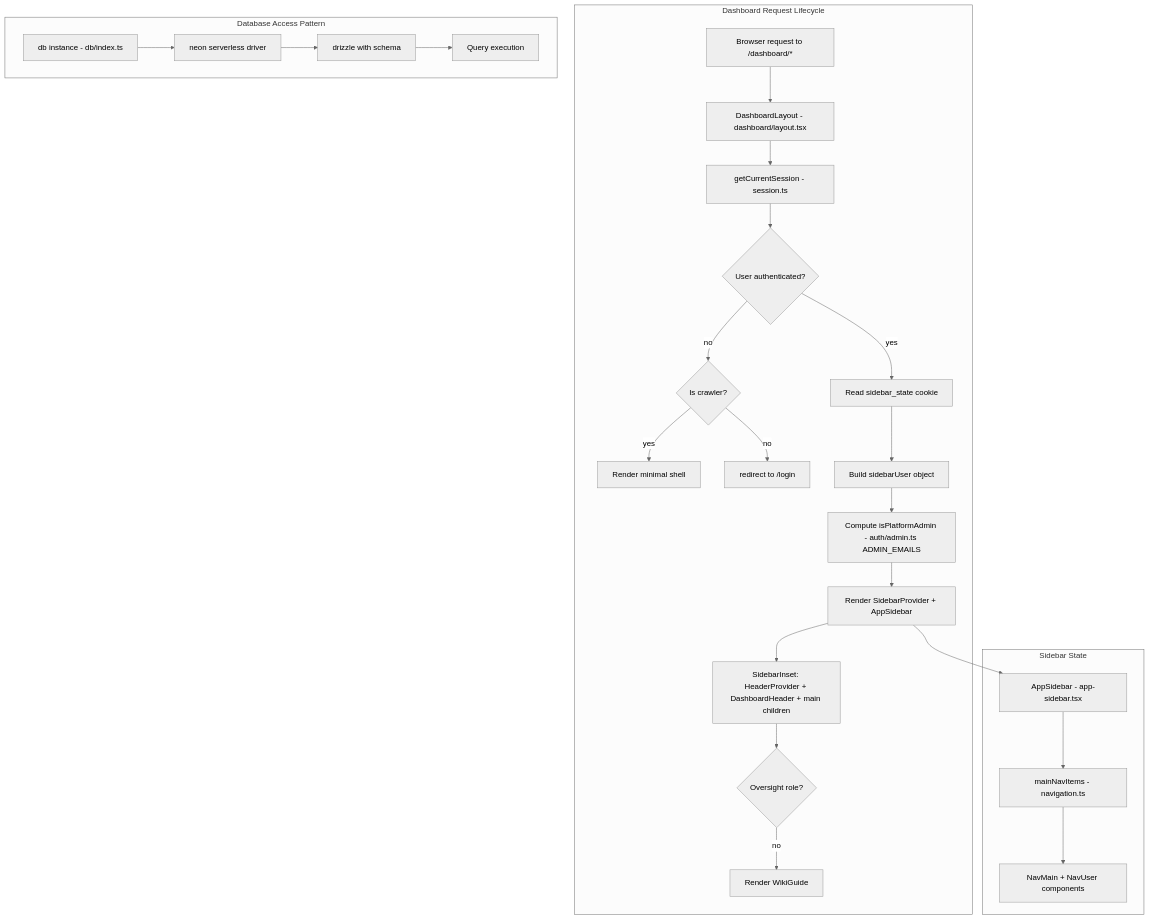
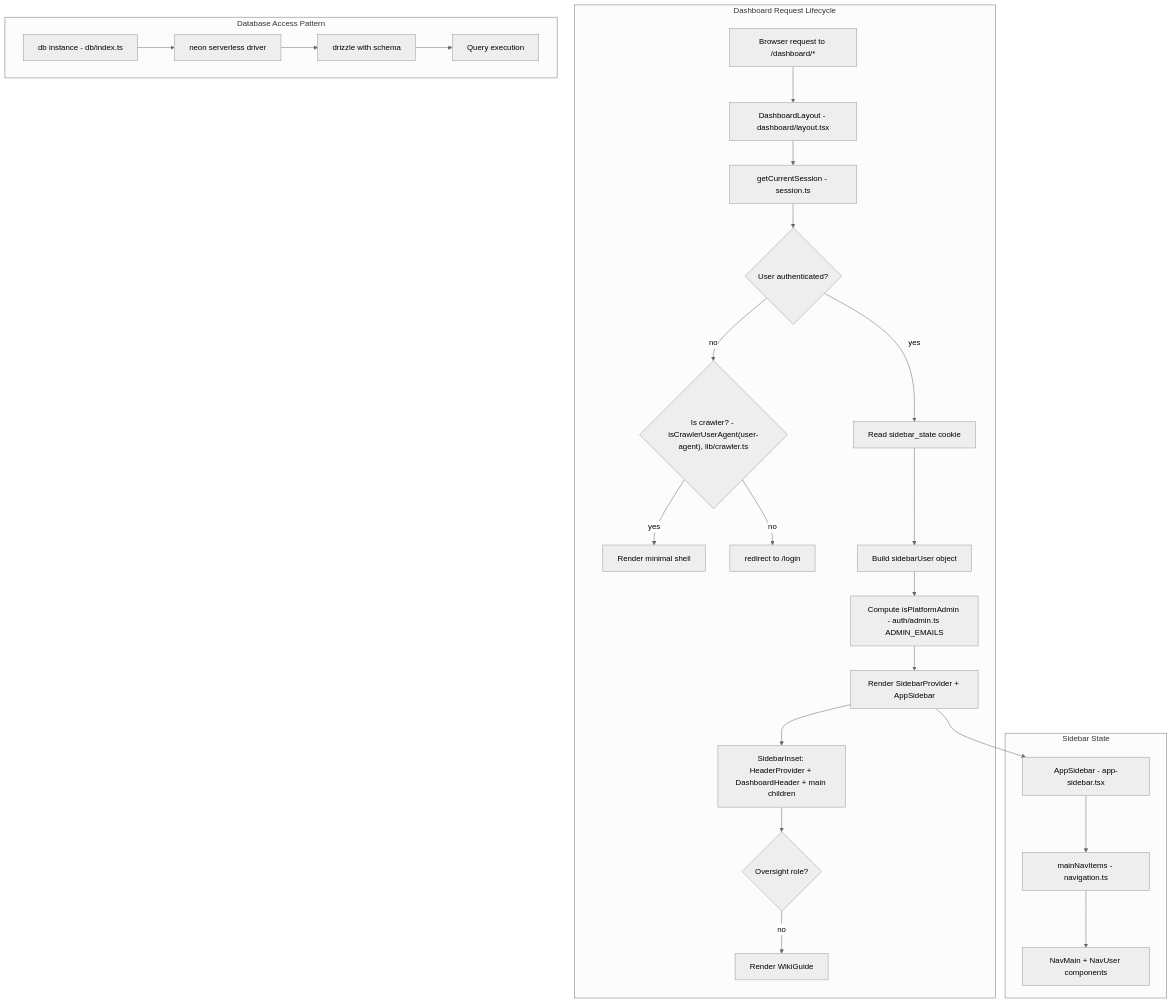
One commit to SebastianGarces/everyfield_v2 changed the diagram in memory/flows/request-lifecycle.mmd. Above: the diagram before and after it, drawn with Mermaid. The commit also changed 6 other files, not shown here.

```diff
--- a/memory/flows/request-lifecycle.mmd
+++ b/memory/flows/request-lifecycle.mmd
@@ -1,44 +1,44 @@
 %%{init: {'theme': 'neutral'}}%%
 flowchart TD
     subgraph request [Dashboard Request Lifecycle]
         REQ1[Browser request to /dashboard/*]
         REQ2["DashboardLayout - dashboard/layout.tsx"]
         REQ3["getCurrentSession - session.ts"]
         REQ4{User authenticated?}
-        REQ5{Is crawler?}
+        REQ5{"Is crawler? - isCrawlerUserAgent(user-agent), lib/crawler.ts"}
         REQ6[Render minimal shell]
         REQ7[redirect to /login]
         REQ8[Read sidebar_state cookie]
         REQ9[Build sidebarUser object]
         REQ9b["Compute isPlatformAdmin - auth/admin.ts ADMIN_EMAILS"]
         REQ10[Render SidebarProvider + AppSidebar]
         REQ11[SidebarInset: HeaderProvider + DashboardHeader + main children]
         REQ12{Oversight role?}
         REQ13[Render WikiGuide]
 
         REQ1 --> REQ2 --> REQ3 --> REQ4
         REQ4 -->|no| REQ5
         REQ5 -->|yes| REQ6
         REQ5 -->|no| REQ7
         REQ4 -->|yes| REQ8 --> REQ9 --> REQ9b --> REQ10 --> REQ11 --> REQ12
         REQ12 -->|no| REQ13
     end
 
     subgraph db [Database Access Pattern]
         DB1["db instance - db/index.ts"]
         DB2["neon serverless driver"]
         DB3["drizzle with schema"]
         DB4[Query execution]
         
         DB1 --> DB2 --> DB3 --> DB4
     end
 
     subgraph sidebar [Sidebar State]
         SB1["AppSidebar - app-sidebar.tsx"]
         SB2["mainNavItems - navigation.ts"]
         SB3["NavMain + NavUser components"]
         
         SB1 --> SB2 --> SB3
     end
 
     REQ10 --> SB1
```
